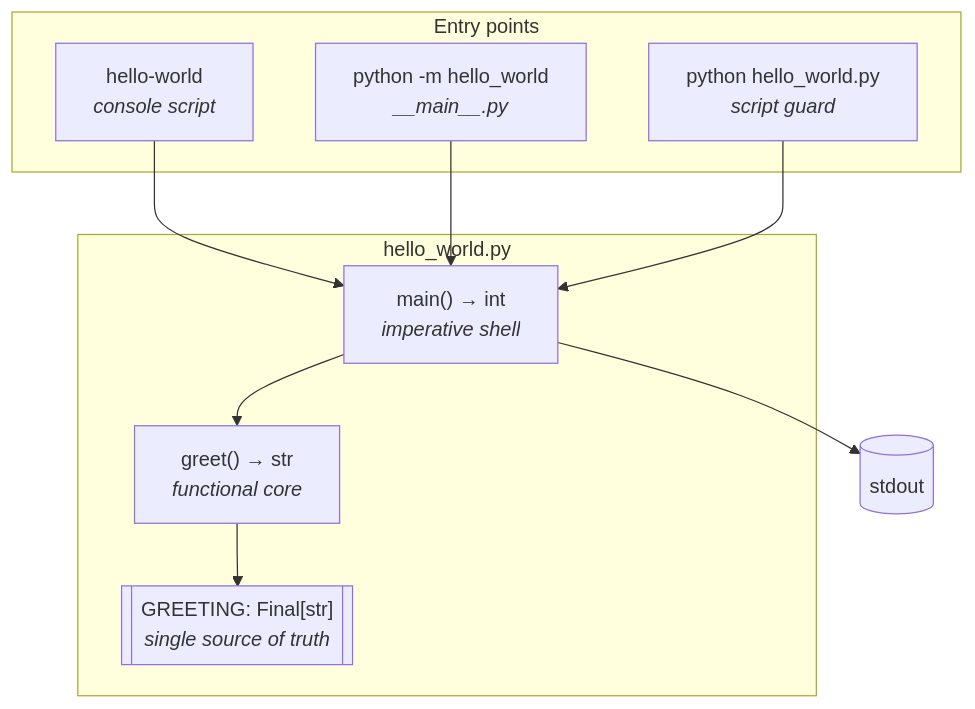
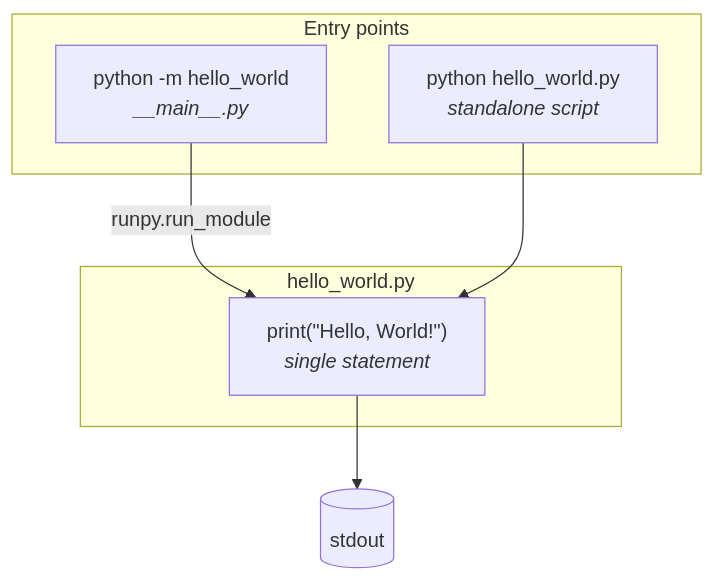
Before and after one commit to Lomchat/HelloWorld: the first of 2 diagrams in docs/architecture.md, drawn with Mermaid. The commit also changed other lines of this file and 7 other files, not shown here.

Commit message:
docs: update documentation for the single-statement implementation

````diff
--- a/docs/architecture.md
+++ b/docs/architecture.md
@@ -16,21 +17,15 @@
 ```mermaid
 flowchart TB
     subgraph Entry points
-        Script["hello-world<br/><i>console script</i>"]
         DashM["python -m hello_world<br/><i>__main__.py</i>"]
-        Direct["python hello_world.py<br/><i>script guard</i>"]
+        Direct["python hello_world.py<br/><i>standalone script</i>"]
     end
 
     subgraph hello_world.py
-        Main["main() → int<br/><i>imperative shell</i>"]
-        Greet["greet() → str<br/><i>functional core</i>"]
-        Constant[["GREETING: Final[str]<br/><i>single source of truth</i>"]]
+        Statement["print(&quot;Hello, World!&quot;)<br/><i>single statement</i>"]
     end
 
-    Script --> Main
-    DashM --> Main
-    Direct --> Main
-    Main --> Greet
-    Greet --> Constant
-    Main --> Stdout[("stdout")]
+    DashM -->|runpy.run_module| Statement
+    Direct --> Statement
+    Statement --> Stdout[("stdout")]
 ```
````
